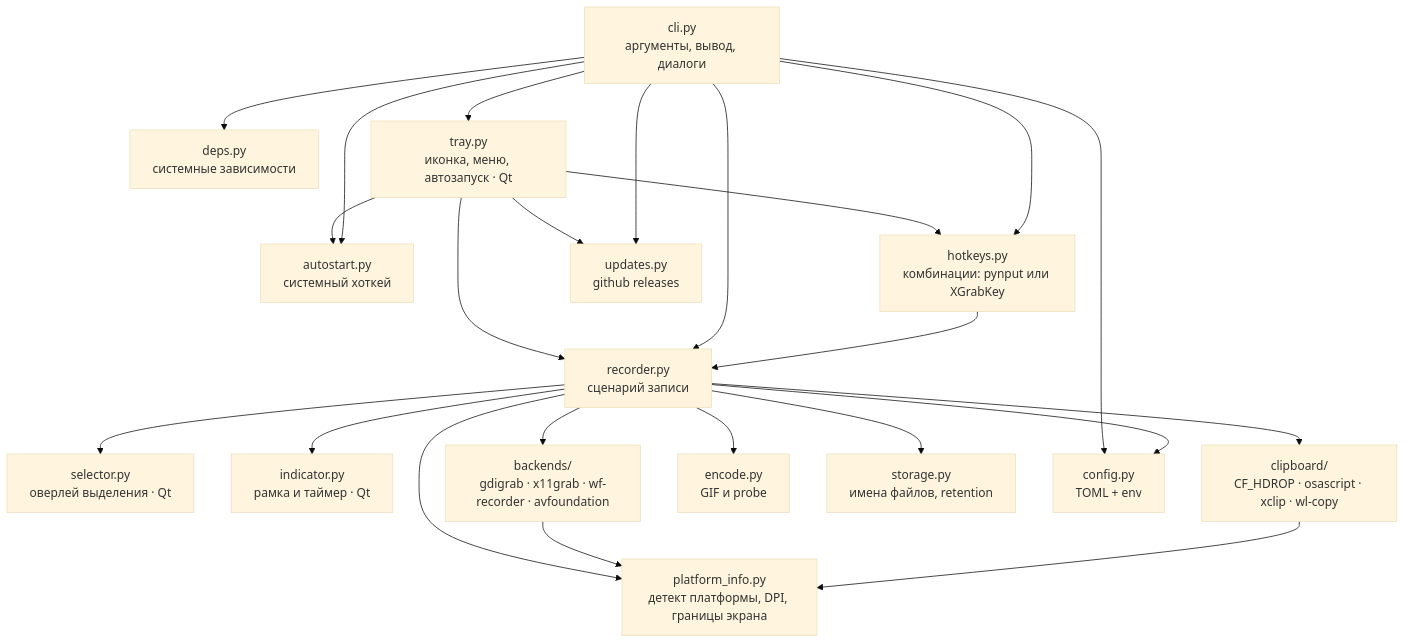
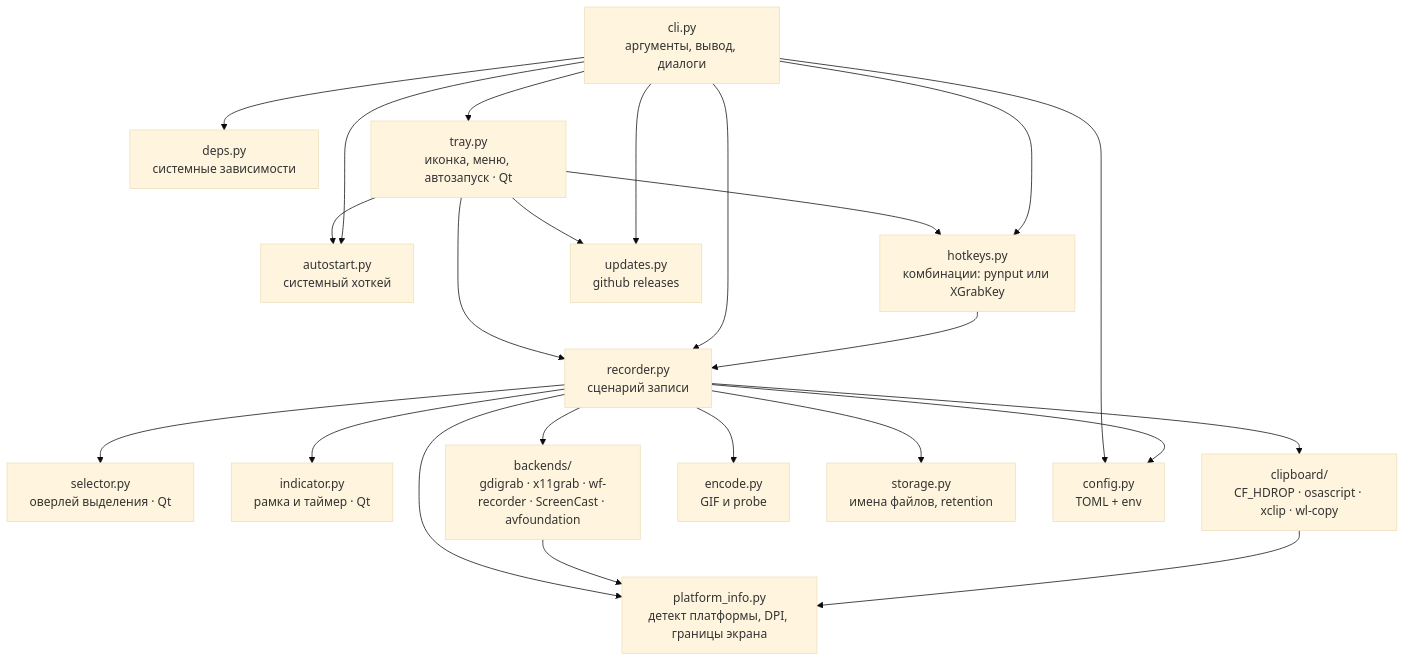
One commit to elementary1997/snapreel changed the second of 4 diagrams in docs/architecture.md. Above: the diagram before and after it, drawn with Mermaid (base theme). The commit also changed other lines of this file and 34 other files, not shown here.

````diff
--- a/docs/architecture.md
+++ b/docs/architecture.md
@@ -40,41 +40,41 @@
 ```mermaid
 graph TD
     cli[cli.py<br/>аргументы, вывод, диалоги]
     rec[recorder.py<br/>сценарий записи]
     sel[selector.py<br/>оверлей выделения · Qt]
     ind[indicator.py<br/>рамка и таймер · Qt]
-    back[backends/<br/>gdigrab · x11grab · wf-recorder · avfoundation]
+    back[backends/<br/>gdigrab · x11grab · wf-recorder · ScreenCast · avfoundation]
     clip[clipboard/<br/>CF_HDROP · osascript · xclip · wl-copy]
     enc[encode.py<br/>GIF и probe]
     store[storage.py<br/>имена файлов, retention]
     cfg[config.py<br/>TOML + env]
     plat[platform_info.py<br/>детект платформы, DPI, границы экрана]
     deps[deps.py<br/>системные зависимости]
     auto[autostart.py<br/>системный хоткей]
     daemon[hotkeys.py<br/>комбинации: pynput или XGrabKey]
     tray[tray.py<br/>иконка, меню, автозапуск · Qt]
     upd[updates.py<br/>github releases]
 
     cli --> tray
     tray --> rec
     tray --> daemon
     tray --> upd
     tray --> auto
     cli --> upd
     cli --> rec
     cli --> deps
     cli --> auto
     cli --> daemon
     daemon --> rec
     rec --> sel
     rec --> ind
     rec --> back
     rec --> clip
     rec --> enc
     rec --> store
     rec --> plat
     back --> plat
     clip --> plat
     cli --> cfg
     rec --> cfg
 ```
````
